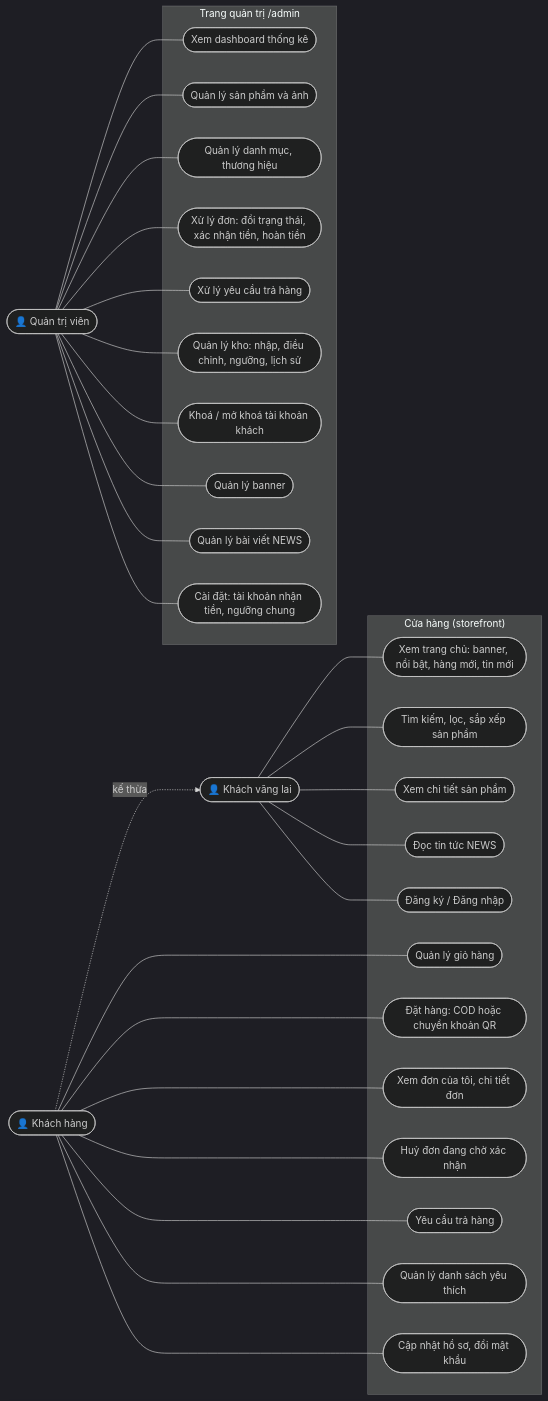
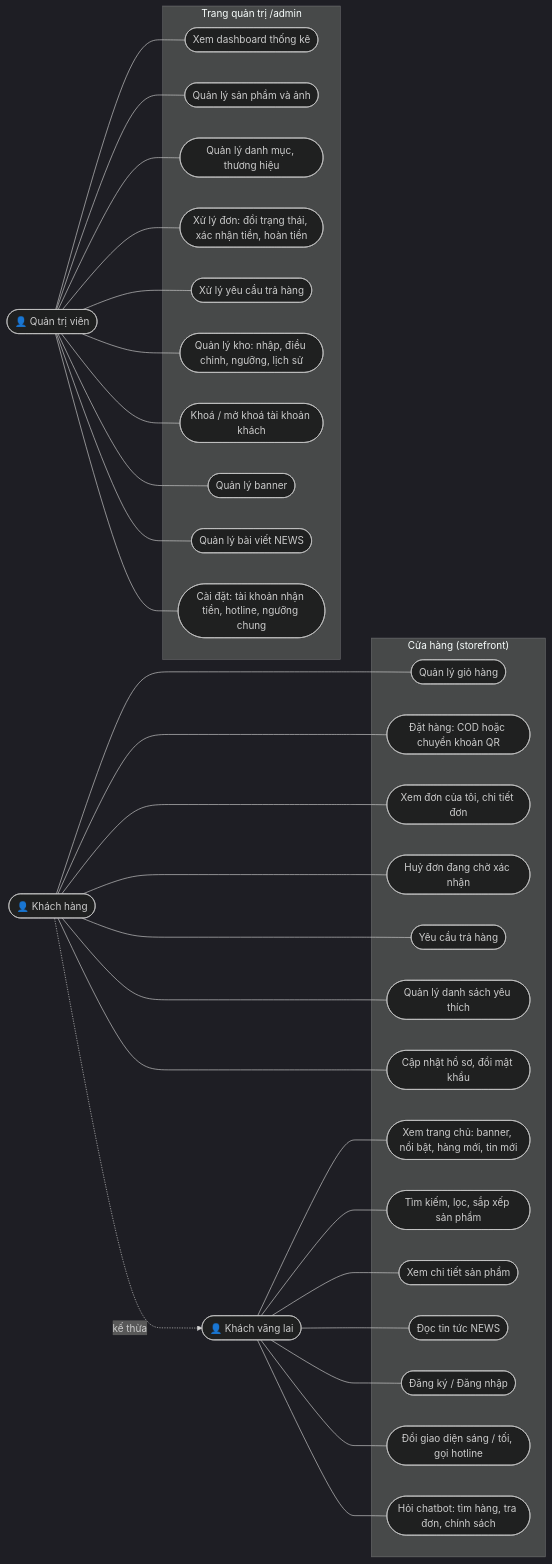
The diagram in docs/use-cases.md (jgjaotice66/doan), drawn with Mermaid (dark theme) before and after one commit. The commit also changed other lines of this file and 58 other files, not shown here.

````diff
--- a/docs/use-cases.md
+++ b/docs/use-cases.md
@@ -13,39 +13,41 @@
 ```mermaid
 flowchart LR
     G(["👤 Khách vãng lai"])
     C(["👤 Khách hàng"])
     A(["👤 Quản trị viên"])
 
     subgraph Store["Cửa hàng (storefront)"]
         UC1([Xem trang chủ: banner, nổi bật, hàng mới, tin mới])
         UC2([Tìm kiếm, lọc, sắp xếp sản phẩm])
         UC3([Xem chi tiết sản phẩm])
         UC4([Đọc tin tức NEWS])
         UC5([Đăng ký / Đăng nhập])
         UC6([Quản lý giỏ hàng])
         UC7([Đặt hàng: COD hoặc chuyển khoản QR])
         UC8([Xem đơn của tôi, chi tiết đơn])
         UC9([Huỷ đơn đang chờ xác nhận])
         UC10([Yêu cầu trả hàng])
         UC11([Quản lý danh sách yêu thích])
         UC12([Cập nhật hồ sơ, đổi mật khẩu])
+        UC13([Đổi giao diện sáng / tối, gọi hotline])
+        UC14([Hỏi chatbot: tìm hàng, tra đơn, chính sách])
     end
 
     subgraph Admin["Trang quản trị /admin"]
         AD1([Xem dashboard thống kê])
         AD2([Quản lý sản phẩm và ảnh])
         AD3([Quản lý danh mục, thương hiệu])
         AD4([Xử lý đơn: đổi trạng thái, xác nhận tiền, hoàn tiền])
         AD5([Xử lý yêu cầu trả hàng])
         AD6([Quản lý kho: nhập, điều chỉnh, ngưỡng, lịch sử])
         AD7([Khoá / mở khoá tài khoản khách])
         AD8([Quản lý banner])
         AD9([Quản lý bài viết NEWS])
-        AD10([Cài đặt: tài khoản nhận tiền, ngưỡng chung])
+        AD10([Cài đặt: tài khoản nhận tiền, hotline, ngưỡng chung])
     end
 
-    G --- UC1 & UC2 & UC3 & UC4 & UC5
+    G --- UC1 & UC2 & UC3 & UC4 & UC5 & UC13 & UC14
     C --- UC6 & UC7 & UC8 & UC9 & UC10 & UC11 & UC12
     C -.->|kế thừa| G
     A --- AD1 & AD2 & AD3 & AD4 & AD5 & AD6 & AD7 & AD8 & AD9 & AD10
 ```
````
